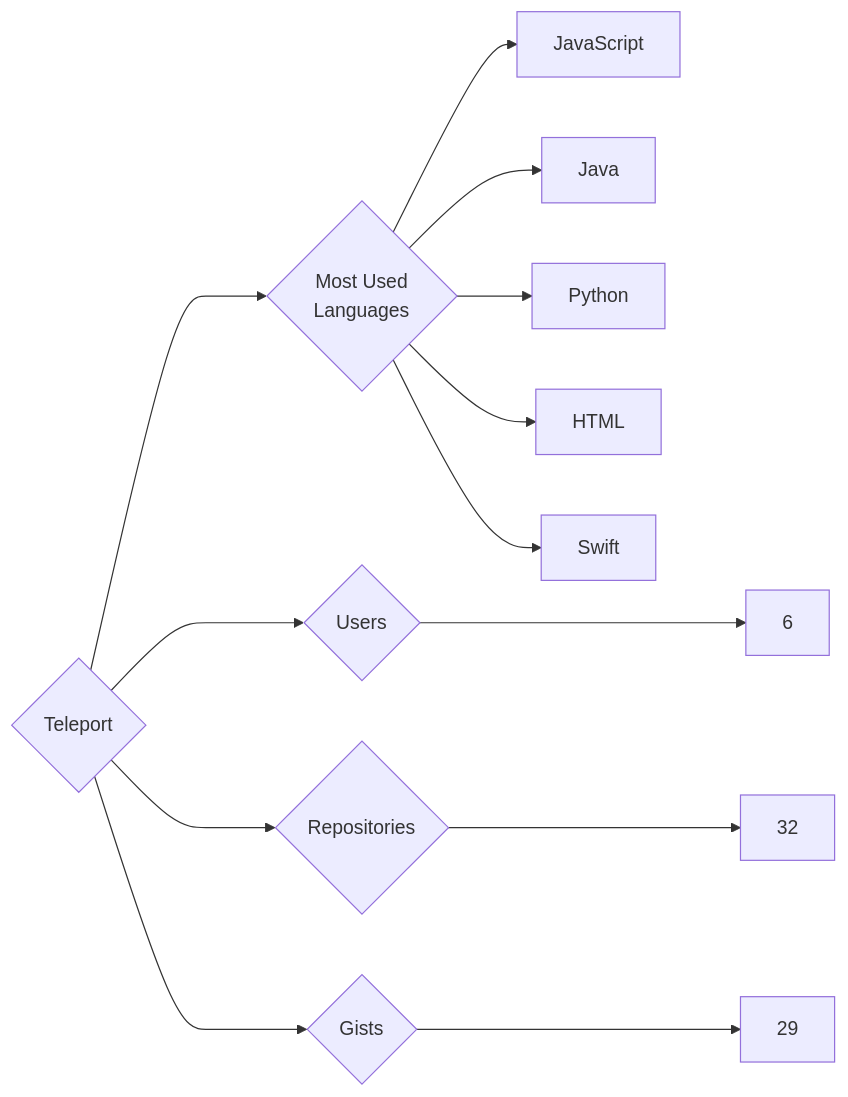
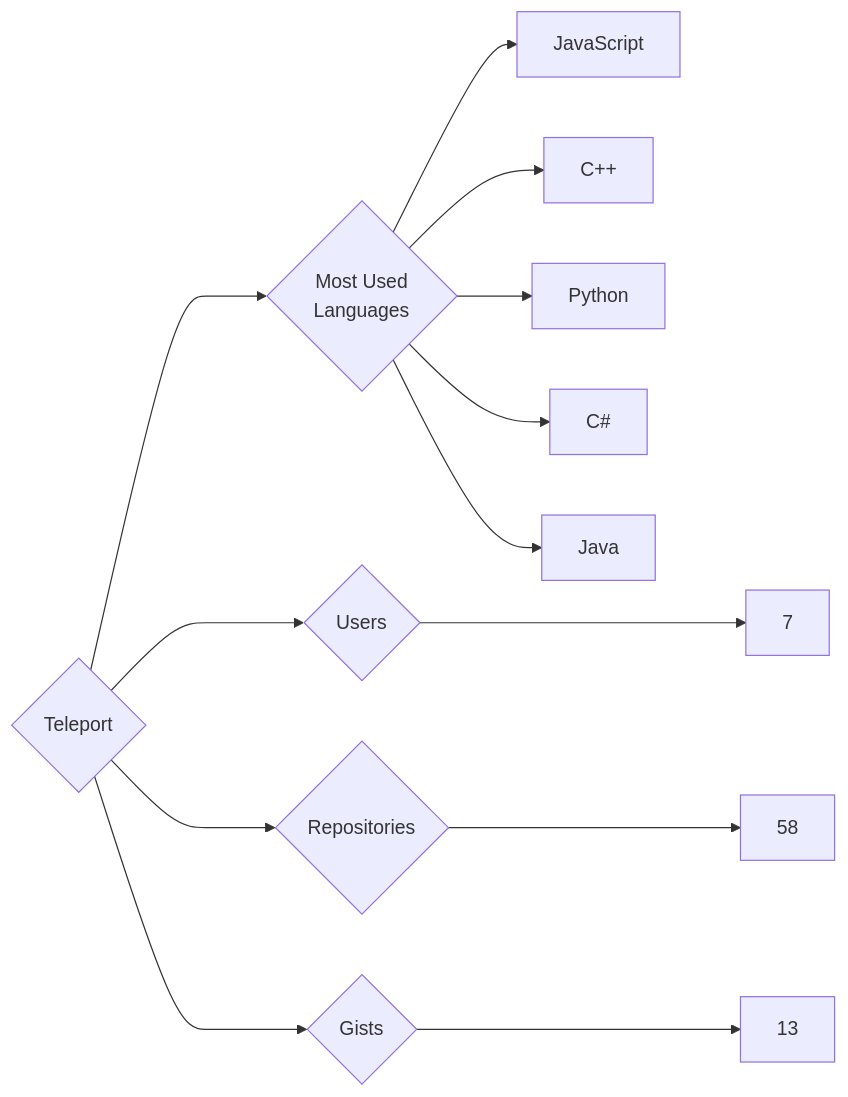
The diagram in targets/Teleport/README.md (trickest/insiders), drawn with Mermaid before and after one commit. The commit also changed 1496 other files, not shown here.

````diff
--- a/targets/Teleport/README.md
+++ b/targets/Teleport/README.md
@@ -3,13 +3,13 @@
 ```mermaid
 graph LR
 COMPANY_NAME{Teleport}
-COMPANY_NAME ---> U{Users} ---> UN[6]
-COMPANY_NAME ---> R{Repositories} ---> RN[32]
-COMPANY_NAME ---> G{Gists} ---> GN[29]
+COMPANY_NAME ---> U{Users} ---> UN[7]
+COMPANY_NAME ---> R{Repositories} ---> RN[58]
+COMPANY_NAME ---> G{Gists} ---> GN[13]
 COMPANY_NAME ---> ML{Most Used<br>Languages}
 ML --> JavaScript[JavaScript]
+ML --> C++[C++]
+ML --> Python[Python]
+ML --> C#[C#]
 ML --> Java[Java]
-ML --> Python[Python]
-ML --> HTML[HTML]
-ML --> Swift[Swift]
 ```
````
